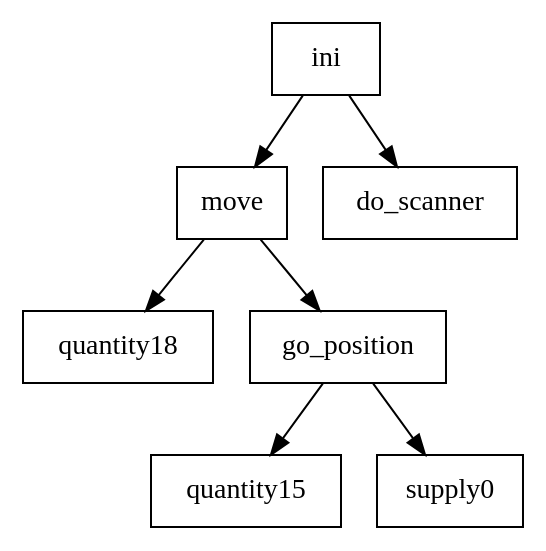
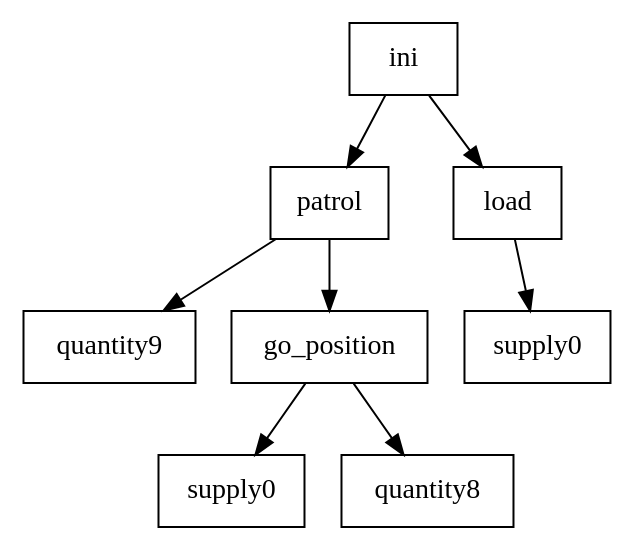
The diagram in GPBot/file2.dot (cryogenic-dreams/StarCraft-GPBot), drawn with Graphviz before and after one commit. The commit also changed 18 other files, not shown here.

```diff
--- a/GPBot/file2.dot
+++ b/GPBot/file2.dot
@@ -1,17 +1,19 @@
 digraph g {
 graph [ordering=out];
 node [shape=rectangle];
 n[label = "ini"];
-n0[label = "move"];
-n00[label = "quantity18"];
+n0[label = "patrol"];
+n00[label = "quantity9"];
 n0 -> n00;
 n01[label = "go_position"];
-n010[label = "quantity15"];
+n010[label = "supply0"];
 n01 -> n010;
-n011[label = "supply0"];
+n011[label = "quantity8"];
 n01 -> n011;
 n0 -> n01;
 n -> n0;
-n1[label = "do_scanner"];
+n1[label = "load"];
+n10[label = "supply0"];
+n1 -> n10;
 n -> n1;
 }
```
